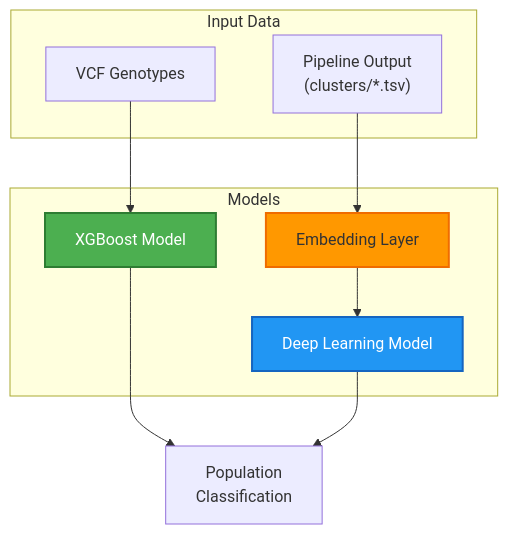
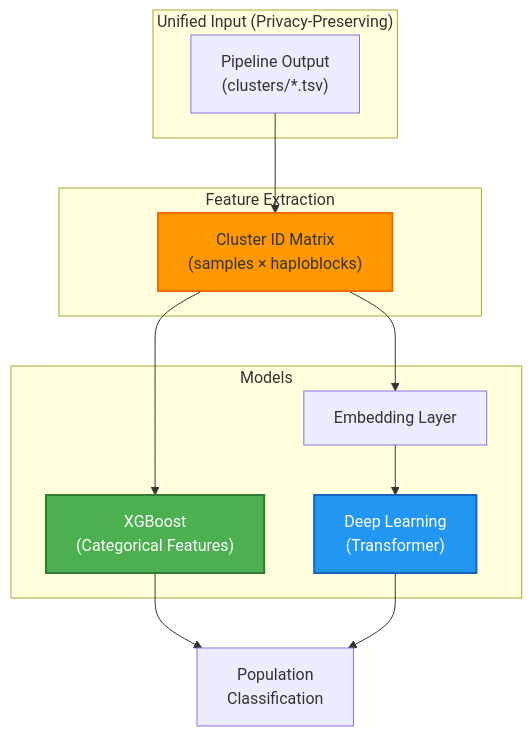
The second of 3 diagrams in README.md (collaborativebioinformatics/Med_SNP_Deconvolution), drawn with Mermaid before and after one commit. The commit also changed other lines of this file and 2 other files, not shown here.

Commit message:
feat: privacy xgboost

````diff
--- a/README.md
+++ b/README.md
@@ -103,24 +105,23 @@
 ```mermaid
 graph TD
-    subgraph Input ["Input Data"]
+    subgraph Input ["Unified Input (Privacy-Preserving)"]
         PIPE["Pipeline Output<br/>(clusters/*.tsv)"]
-        VCF2["VCF Genotypes"]
+    end
+
+    subgraph Feature ["Feature Extraction"]
+        PIPE --> CID["Cluster ID Matrix<br/>(samples × haploblocks)"]
     end
 
     subgraph Models ["Models"]
-        XGB["XGBoost Model"]
-        EMB["Embedding Layer<br/>"]
-        DL["Deep Learning Model"]
+        CID --> XGB["XGBoost<br/>(Categorical Features)"]
+        CID --> EMB["Embedding Layer"]
+        EMB --> DL["Deep Learning<br/>(Transformer)"]
     end
 
-    VCF2 --> XGB
-    PIPE --> EMB
-    EMB --> DL
-    
     XGB --> OUT["Population<br/>Classification"]
     DL --> OUT
 
-    style EMB fill:#ff9800,stroke:#ef6c00,stroke-width:2px
+    style CID fill:#ff9800,stroke:#ef6c00,stroke-width:2px
     style XGB fill:#4caf50,stroke:#2e7d32,stroke-width:2px,color:#fff
     style DL fill:#2196f3,stroke:#1565c0,stroke-width:2px,color:#fff
 ```
````
